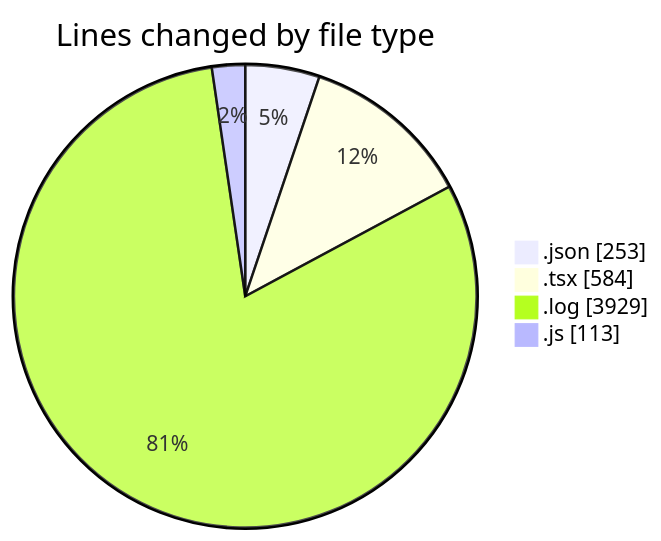
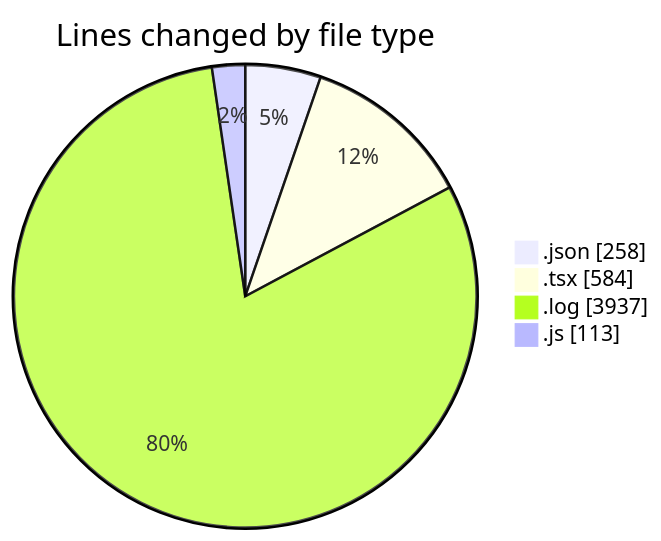
Before and after one commit to momahboobian/code-tracking: the first of 2 diagrams in 2026-03-24/cda/README.md, drawn with Mermaid. The commit also changed other lines of this file and 1 other file, not shown here.

````diff
--- a/2026-03-24/cda/README.md
+++ b/2026-03-24/cda/README.md
@@ -27,8 +27,8 @@
 ```mermaid
 pie showData
 title Lines changed by file type
-".json" : 253
+".json" : 258
 ".tsx" : 584
-".log" : 3929
+".log" : 3937
 ".js" : 113
 ```
````
